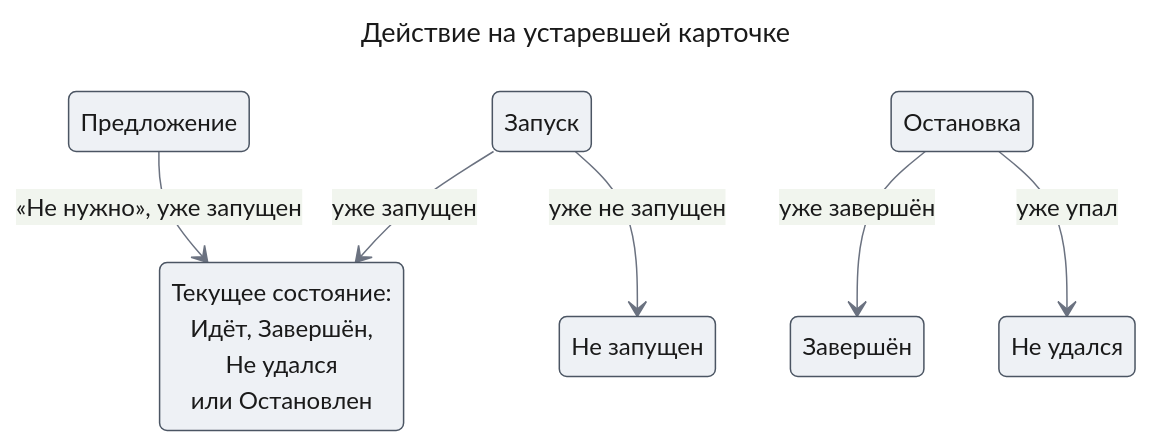
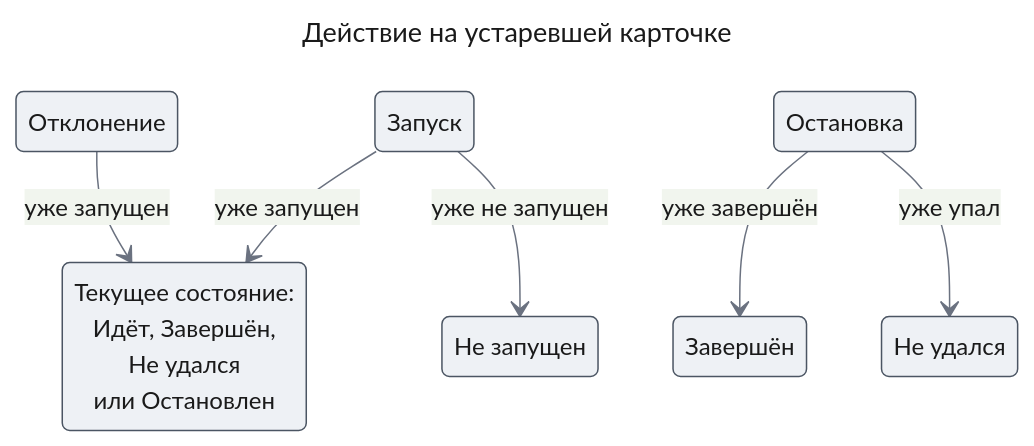
One commit to tundraray/agent-os changed the second of 2 diagrams in docs/design-system/components/research-card.md. Above: the diagram before and after it, drawn with Mermaid. The commit also changed other lines of this file and 2 other files, not shown here.

````diff
--- a/docs/design-system/components/research-card.md
+++ b/docs/design-system/components/research-card.md
@@ -97,26 +110,26 @@
 ```mermaid
 ---
 title: "Действие на устаревшей карточке"
 config:
   theme: base
   look: classic
   themeVariables:
     primaryColor: "#eef1f5"
     primaryBorderColor: "#4b5563"
     primaryTextColor: "#1a1a1a"
     lineColor: "#6b7280"
 ---
 stateDiagram-v2
-    state "Предложение" as Proposal
+    state "Отклонение" as Declining
     state "Запуск" as Launching
     state "Текущее состояние:<br/>Идёт, Завершён,<br/>Не удался<br/>или Остановлен" as Current
     state "Не запущен" as NotLaunched
     state "Остановка" as Stopping
     state "Завершён" as Finished
     state "Не удался" as Failed
-    Proposal --> Current: «Не нужно», уже запущен
+    Declining --> Current: уже запущен
     Launching --> Current: уже запущен
     Launching --> NotLaunched: уже не запущен
     Stopping --> Finished: уже завершён
     Stopping --> Failed: уже упал
 ```
````
